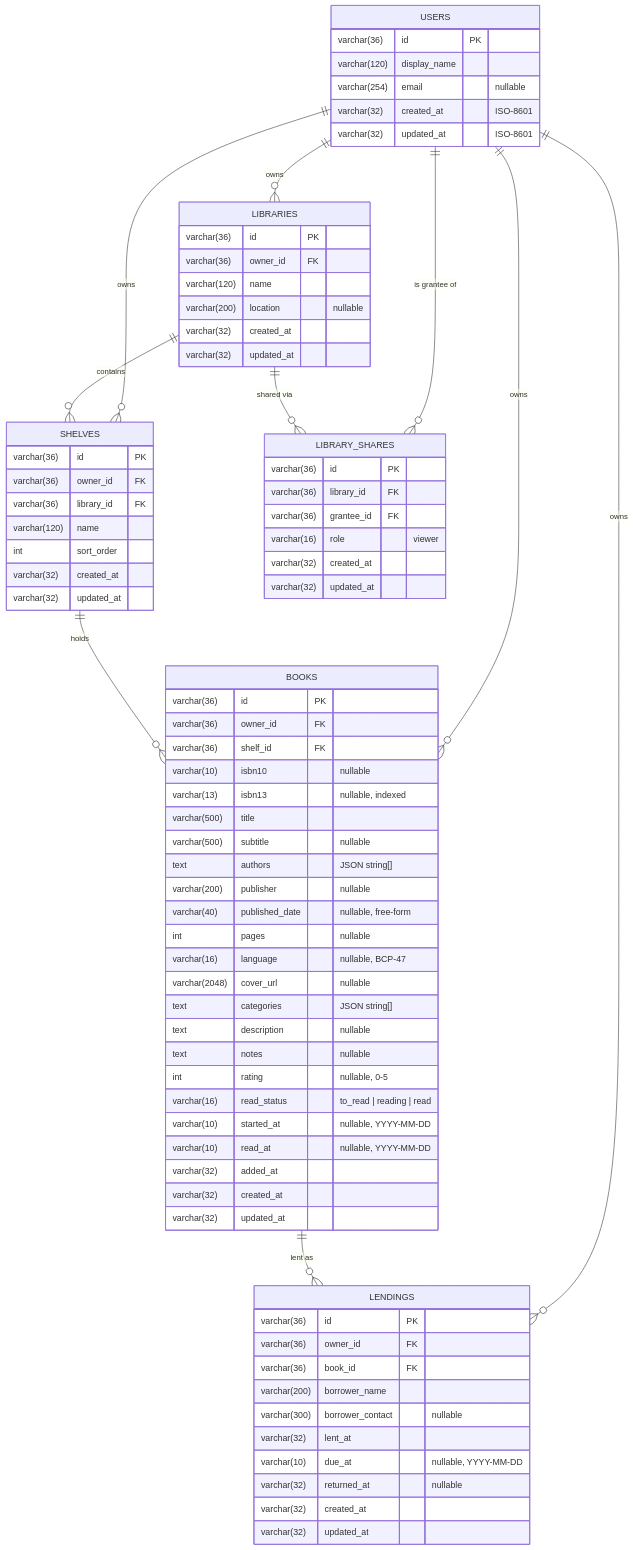
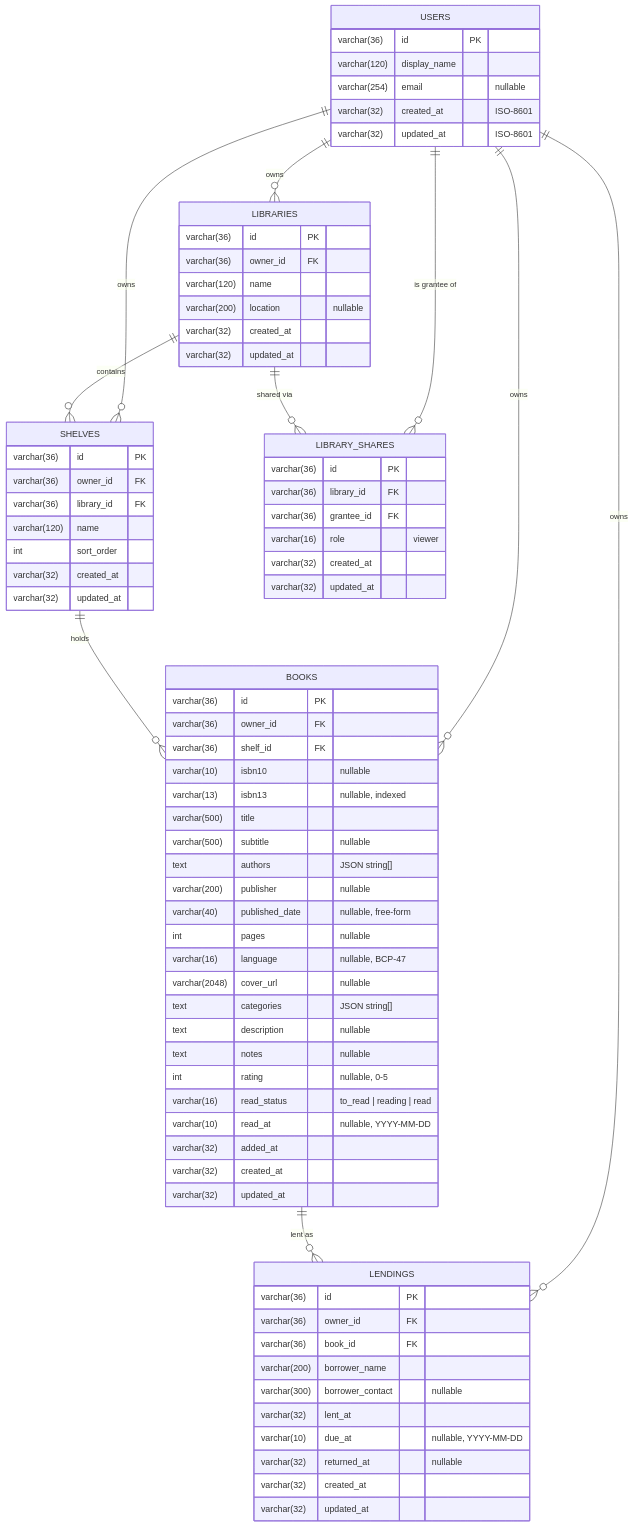
The diagram in docs/data-model.md (RuBiCK/bookguardian), drawn with Mermaid before and after one commit. The commit also changed other lines of this file and 22 other files, not shown here.

````diff
--- a/docs/data-model.md
+++ b/docs/data-model.md
@@ -8,82 +8,81 @@
 ```mermaid
 erDiagram
     USERS ||--o{ LIBRARIES : owns
     USERS ||--o{ SHELVES : owns
     USERS ||--o{ BOOKS : owns
     USERS ||--o{ LENDINGS : owns
     USERS ||--o{ LIBRARY_SHARES : "is grantee of"
     LIBRARIES ||--o{ SHELVES : contains
     LIBRARIES ||--o{ LIBRARY_SHARES : "shared via"
     SHELVES ||--o{ BOOKS : holds
     BOOKS ||--o{ LENDINGS : "lent as"
 
     USERS {
         varchar(36) id PK
         varchar(120) display_name
         varchar(254) email "nullable"
         varchar(32) created_at "ISO-8601"
         varchar(32) updated_at "ISO-8601"
     }
     LIBRARIES {
         varchar(36) id PK
         varchar(36) owner_id FK
         varchar(120) name
         varchar(200) location "nullable"
         varchar(32) created_at
         varchar(32) updated_at
     }
     SHELVES {
         varchar(36) id PK
         varchar(36) owner_id FK
         varchar(36) library_id FK
         varchar(120) name
         int sort_order
         varchar(32) created_at
         varchar(32) updated_at
     }
     BOOKS {
         varchar(36) id PK
         varchar(36) owner_id FK
         varchar(36) shelf_id FK
         varchar(10) isbn10 "nullable"
         varchar(13) isbn13 "nullable, indexed"
         varchar(500) title
         varchar(500) subtitle "nullable"
         text authors "JSON string[]"
         varchar(200) publisher "nullable"
         varchar(40) published_date "nullable, free-form"
         int pages "nullable"
         varchar(16) language "nullable, BCP-47"
         varchar(2048) cover_url "nullable"
         text categories "JSON string[]"
         text description "nullable"
         text notes "nullable"
         int rating "nullable, 0-5"
         varchar(16) read_status "to_read | reading | read"
-        varchar(10) started_at "nullable, YYYY-MM-DD"
         varchar(10) read_at "nullable, YYYY-MM-DD"
         varchar(32) added_at
         varchar(32) created_at
         varchar(32) updated_at
     }
     LENDINGS {
         varchar(36) id PK
         varchar(36) owner_id FK
         varchar(36) book_id FK
         varchar(200) borrower_name
         varchar(300) borrower_contact "nullable"
         varchar(32) lent_at
         varchar(10) due_at "nullable, YYYY-MM-DD"
         varchar(32) returned_at "nullable"
         varchar(32) created_at
         varchar(32) updated_at
     }
     LIBRARY_SHARES {
         varchar(36) id PK
         varchar(36) library_id FK
         varchar(36) grantee_id FK
         varchar(16) role "viewer"
         varchar(32) created_at
         varchar(32) updated_at
     }
 ```
````
